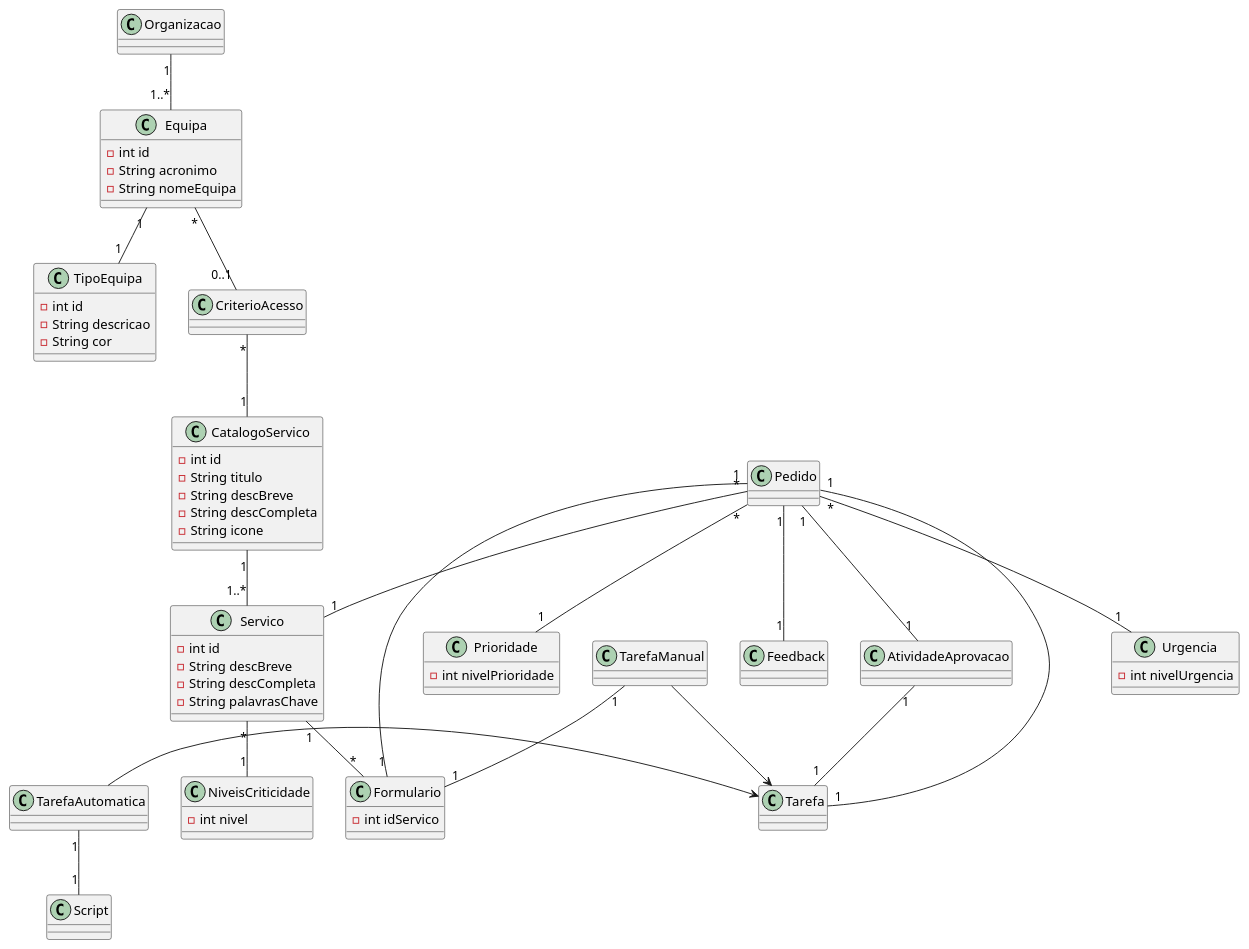
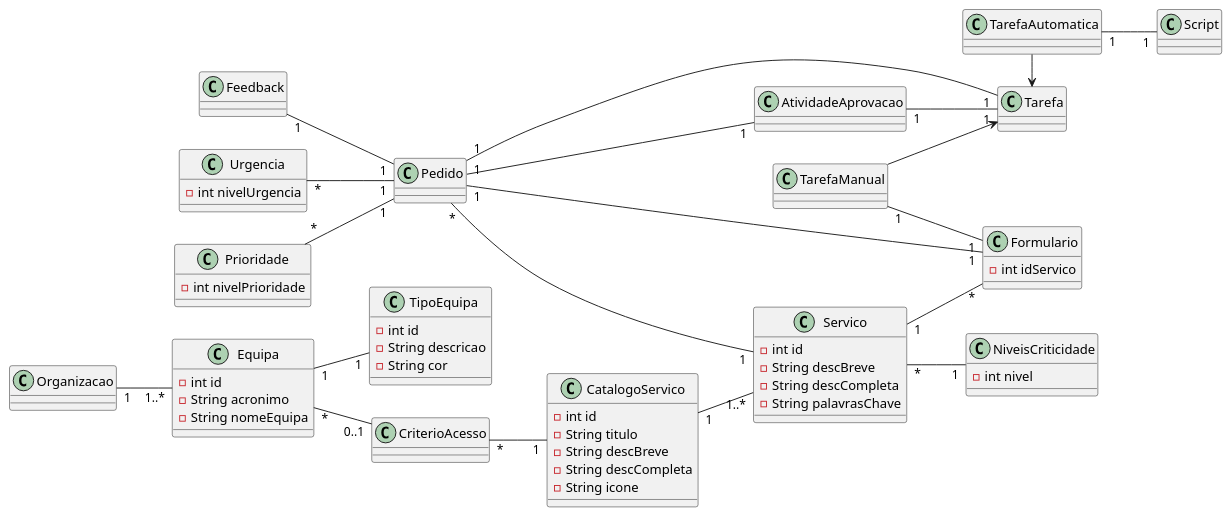
The diagram in MD.puml (Joao-PP-Alves/isep-lapr4), drawn with PlantUML before and after one commit.

Commit message:
<S4202121-1> MD modifications

```diff
--- a/MD.puml
+++ b/MD.puml
@@ -3,104 +3,104 @@
 @startuml
 'skinparam linetype ortho
-'left to right direction
+left to right direction
 
 class Organizacao{}
 
 'class Colaborador{
  '-int numMecanografico
  '-String nome
  '-String nomeCompleto
  '-Date dataNascimento
  '-int contacto
 '}
 
 class Equipa {
  -int id
  -String acronimo
  -String nomeEquipa
 }
 
 class TipoEquipa{
  -int id
  -String descricao
  -String cor
 }
 
 class CriterioAcesso{}
 
 class CatalogoServico{
  -int id
  -String titulo
  -String descBreve
  -String descCompleta
  -String icone
 }
 
 class Servico{
  -int id
  -String descBreve
  -String descCompleta
  -String palavrasChave
 }
 
 
 class NiveisCriticidade{
  -int nivel
 }
 
 class Urgencia {
  -int nivelUrgencia
 }
 
 class Prioridade{
  -int nivelPrioridade
 }
 
 class Tarefa{}
 
 class TarefaManual{}
 
 class TarefaAutomatica{}
 
 class Script{}
 
 class Formulario{
  -int idServico
  }
 
 class Pedido{}
 
 class Feedback{}
 
 class AtividadeAprovacao{}
 
 Organizacao "1" -- "1..*" Equipa
 
 Equipa "1" -- "1" TipoEquipa
 Equipa "*" -- "0..1" CriterioAcesso
 CriterioAcesso "*" -- "1" CatalogoServico
 
 CatalogoServico "1" -- "1..*" Servico
 Servico "*" -- "1" NiveisCriticidade
-Pedido "*" -- "1" Urgencia
-Pedido "*" -- "1" Prioridade
+
 Servico "1" -- "*" Formulario
 TarefaAutomatica "1" -- "1" Script
 
 TarefaAutomatica -> Tarefa
 TarefaManual -> Tarefa
 
 Pedido "1" -- "1" Formulario
-Pedido "*" -- "1" Servico
-Pedido "1" -- "1" Feedback
-Pedido "1" -- "1" AtividadeAprovacao
-
+Pedido "*" --- "1" Servico
+Feedback "1" -- "1" Pedido
+Pedido "1" --- "1" AtividadeAprovacao
+Urgencia "*" -- "1" Pedido
+Prioridade "*" -- "1" Pedido
 Pedido "1" --- "1" Tarefa
 
 AtividadeAprovacao "1" -- "1" Tarefa
 TarefaManual "1" -- "1" Formulario
 
 
 
 
 @enduml
```
